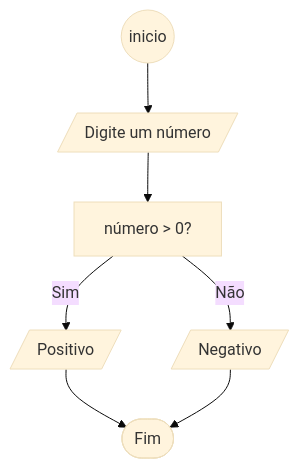
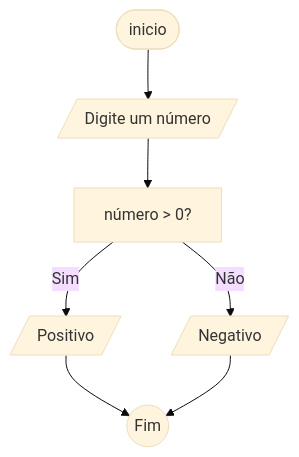
One commit to nickddb/senai---atividades changed the diagram in CAINA/fluxograma/ativid4.md. Above: the diagram before and after it, drawn with Mermaid (base theme). The commit also changed 8 other files, not shown here.

````diff
--- a/CAINA/fluxograma/ativid4.md
+++ b/CAINA/fluxograma/ativid4.md
@@ -1,12 +1,12 @@
 ```mermaid
     flowchart TD
-    start((inicio)) --> input[/Digite um número/]
+    start([inicio]) --> input[/Digite um número/]
     input --> verification[número > 0?]
 
     verification --> |Sim| pos[/Positivo/]
     verification --> |Não| neg[/Negativo/]
 
-    pos --> finish([Fim])
+    pos --> finish(( Fim ))
     neg --> finish
 
 ```
````
